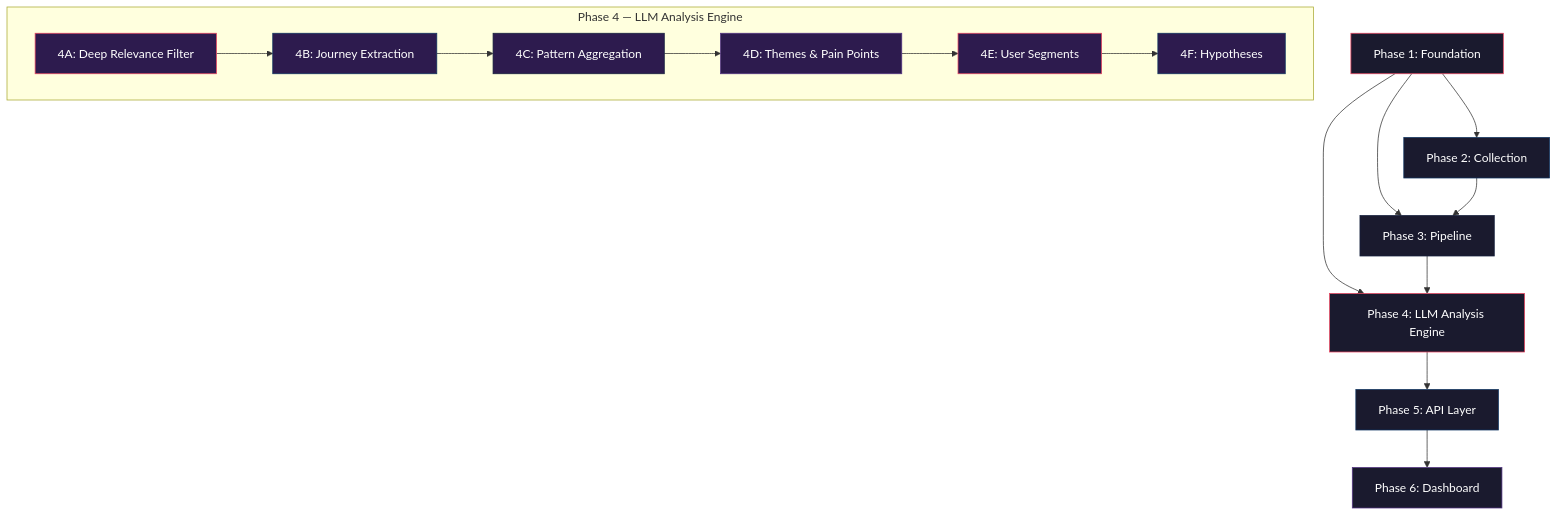
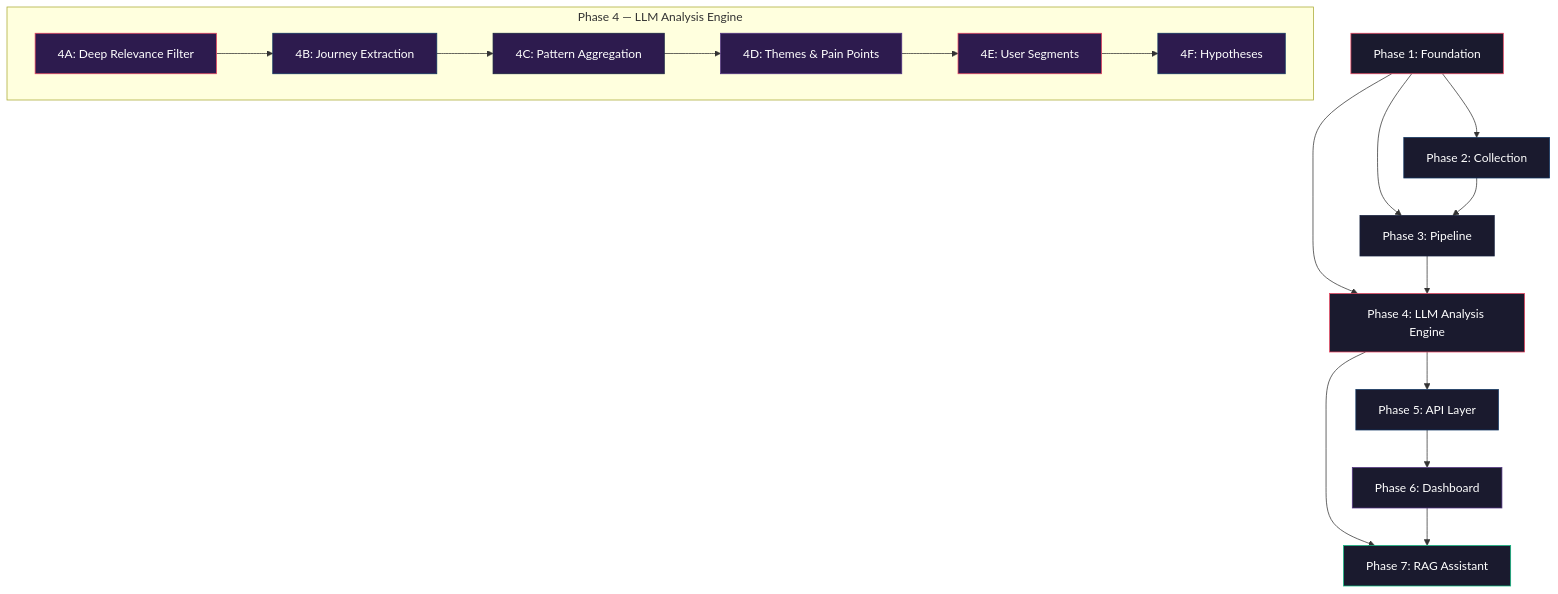
One commit to saurabhsawarkarr/photo_discovery changed the second of 2 diagrams in Docs/Implementation.md. Above: the diagram before and after it, drawn with Mermaid. The commit also changed other lines of this file and 42 other files, not shown here.

````diff
--- a/Docs/Implementation.md
+++ b/Docs/Implementation.md
@@ -1317,31 +1459,34 @@
 ```mermaid
 graph TD
     P1["Phase 1: Foundation"] --> P2["Phase 2: Collection"]
     P1 --> P3["Phase 3: Pipeline"]
     P2 --> P3
     P1 --> P4["Phase 4: LLM Analysis Engine"]
     P3 --> P4
     P4 --> P5["Phase 5: API Layer"]
     P5 --> P6["Phase 6: Dashboard"]
+    P4 --> P7["Phase 7: RAG Assistant"]
+    P6 --> P7
 
     subgraph Phase4["Phase 4 — LLM Analysis Engine"]
         P4A["4A: Deep Relevance Filter"] --> P4B["4B: Journey Extraction"]
         P4B --> P4C["4C: Pattern Aggregation"]
         P4C --> P4D["4D: Themes & Pain Points"]
         P4D --> P4E["4E: User Segments"]
         P4E --> P4F["4F: Hypotheses"]
     end
     
     style P1 fill:#1a1a2e,stroke:#e94560,color:#fff
     style P2 fill:#1a1a2e,stroke:#0f3460,color:#fff
     style P3 fill:#1a1a2e,stroke:#16213e,color:#fff
     style P4 fill:#1a1a2e,stroke:#e94560,color:#fff
     style P5 fill:#1a1a2e,stroke:#0f3460,color:#fff
     style P6 fill:#1a1a2e,stroke:#533483,color:#fff
+    style P7 fill:#1a1a2e,stroke:#10b981,color:#fff
     style P4A fill:#2d1b4e,stroke:#e94560,color:#fff
     style P4B fill:#2d1b4e,stroke:#0f3460,color:#fff
     style P4C fill:#2d1b4e,stroke:#16213e,color:#fff
     style P4D fill:#2d1b4e,stroke:#533483,color:#fff
     style P4E fill:#2d1b4e,stroke:#e94560,color:#fff
     style P4F fill:#2d1b4e,stroke:#0f3460,color:#fff
 ```
````
